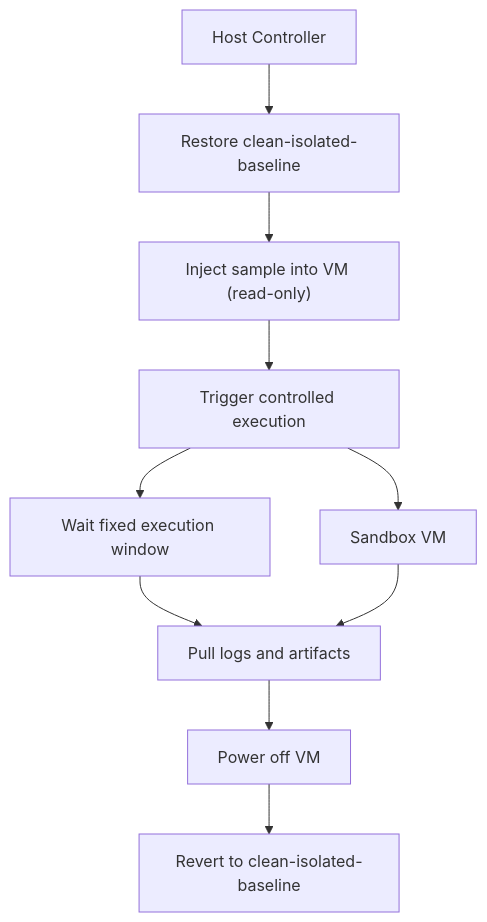
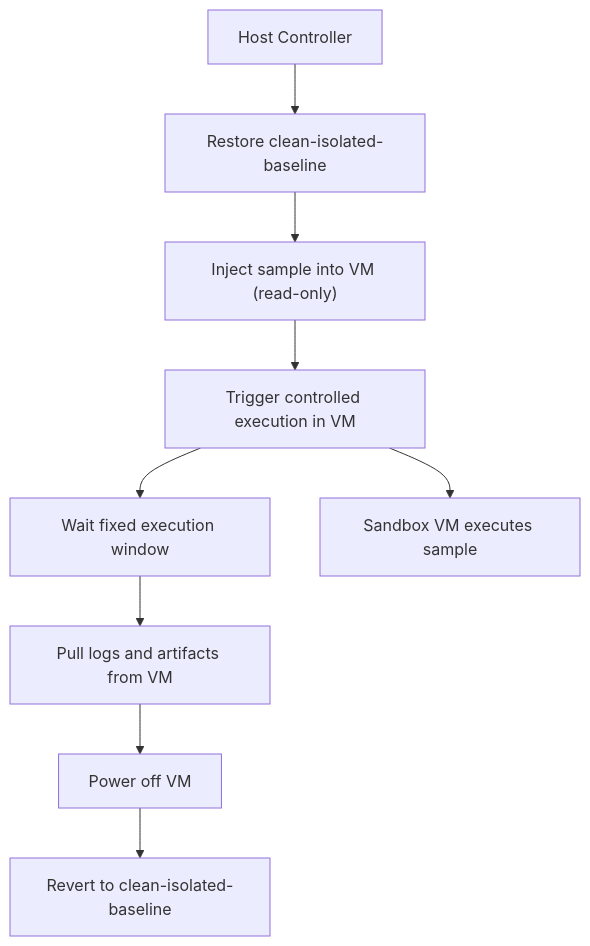
Before and after one commit to AndreasHerby/AndreasHerby.github.io: the diagram in projects/malware_pipeline_pages/phase3.md, drawn with Mermaid. The commit also changed other lines of this file, not shown here.

````diff
--- a/projects/malware_pipeline_pages/phase3.md
+++ b/projects/malware_pipeline_pages/phase3.md
@@ -9,13 +9,13 @@
 ```mermaid
 flowchart TD
     Host["Host Controller"] --> S1["Restore clean-isolated-baseline"]
     S1 --> S2["Inject sample into VM (read-only)"]
-    S2 --> S3["Trigger controlled execution"]
+    S2 --> S3["Trigger controlled execution in VM"]
     S3 --> S4["Wait fixed execution window"]
-    S4 --> S5["Pull logs and artifacts"]
+    S4 --> S5["Pull logs and artifacts from VM"]
     S5 --> S6["Power off VM"]
     S6 --> S7["Revert to clean-isolated-baseline"]
 
-    S3 --> VM["Sandbox VM"]
-    VM --> S5
+    S3 --> VM["Sandbox VM executes sample"]
+
 ```
````
